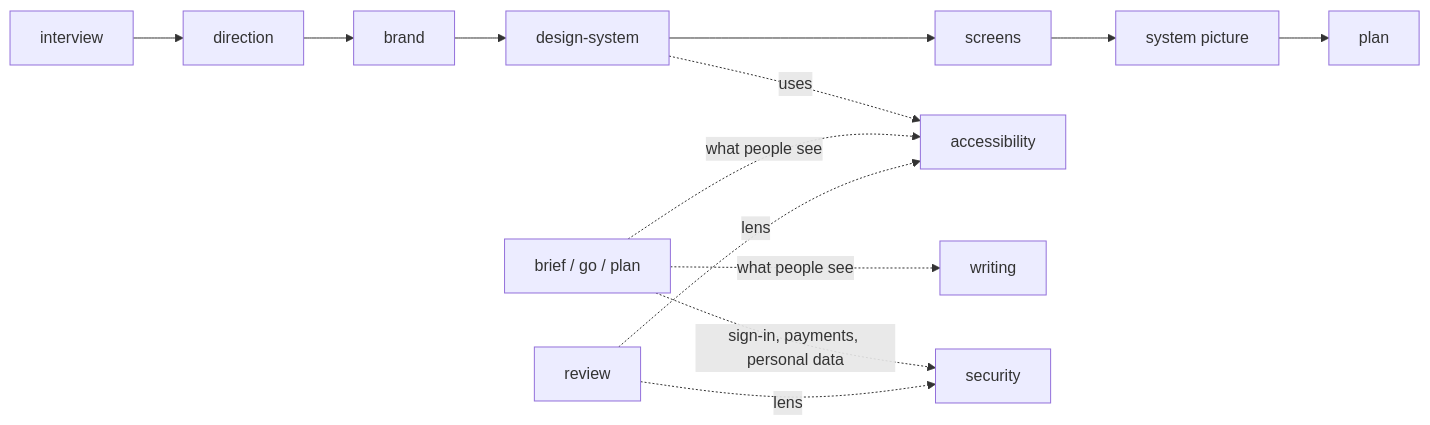
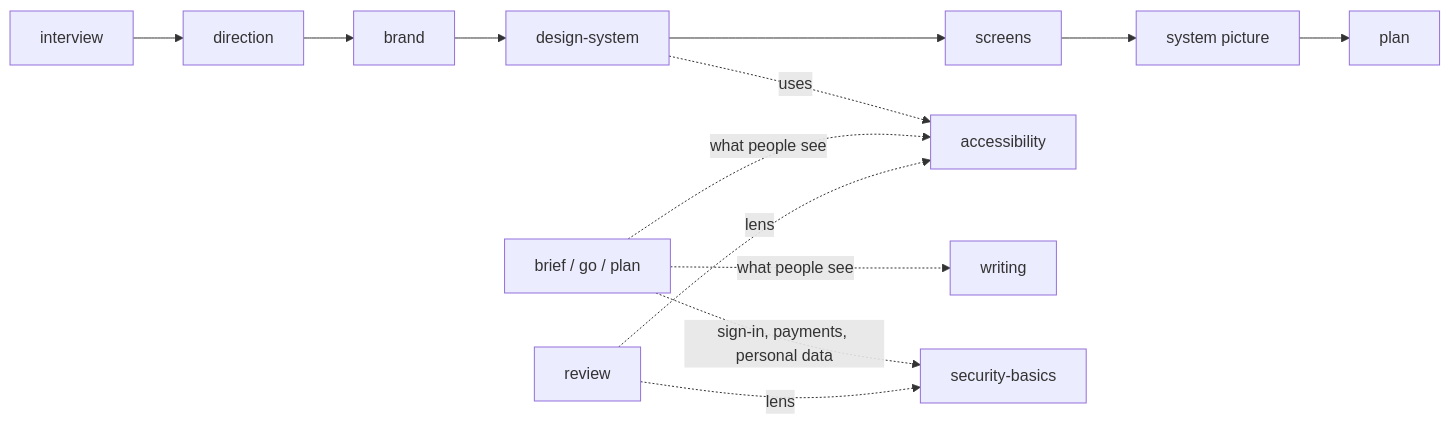
The diagram in docs/plans/2026-10-30-craft-skills.md (solidvibes/solid-vibes), drawn with Mermaid before and after one commit. The commit also changed other lines of this file and 9 other files, not shown here.

Commit message:
Name the free security skill security-basics so it doesn't clash with Pro's security pack

````diff
--- a/docs/plans/2026-10-30-craft-skills.md
+++ b/docs/plans/2026-10-30-craft-skills.md
@@ -33,10 +33,10 @@
 ```mermaid
 flowchart LR
   I[interview] --> D1[direction] --> B[brand] --> DS[design-system] --> S[screens] --> P[system picture] --> PL[plan]
   DS -. uses .-> A[accessibility]
   BR[brief / go / plan] -. what people see .-> A
   BR -. what people see .-> W[writing]
-  BR -. sign-in, payments, personal data .-> SEC[security]
+  BR -. sign-in, payments, personal data .-> SEC[security-basics]
   R[review] -. lens .-> A
   R -. lens .-> SEC
 ```
````
